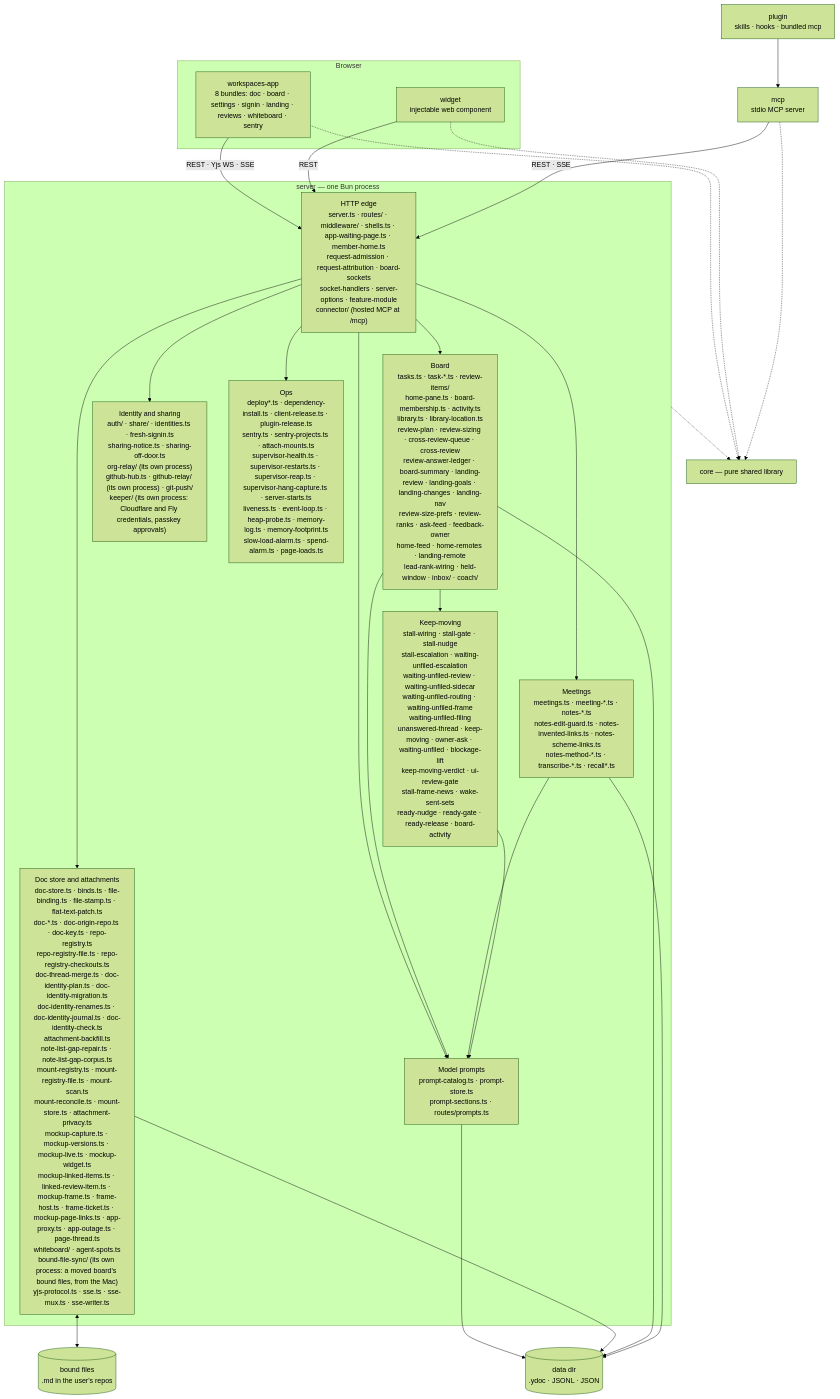
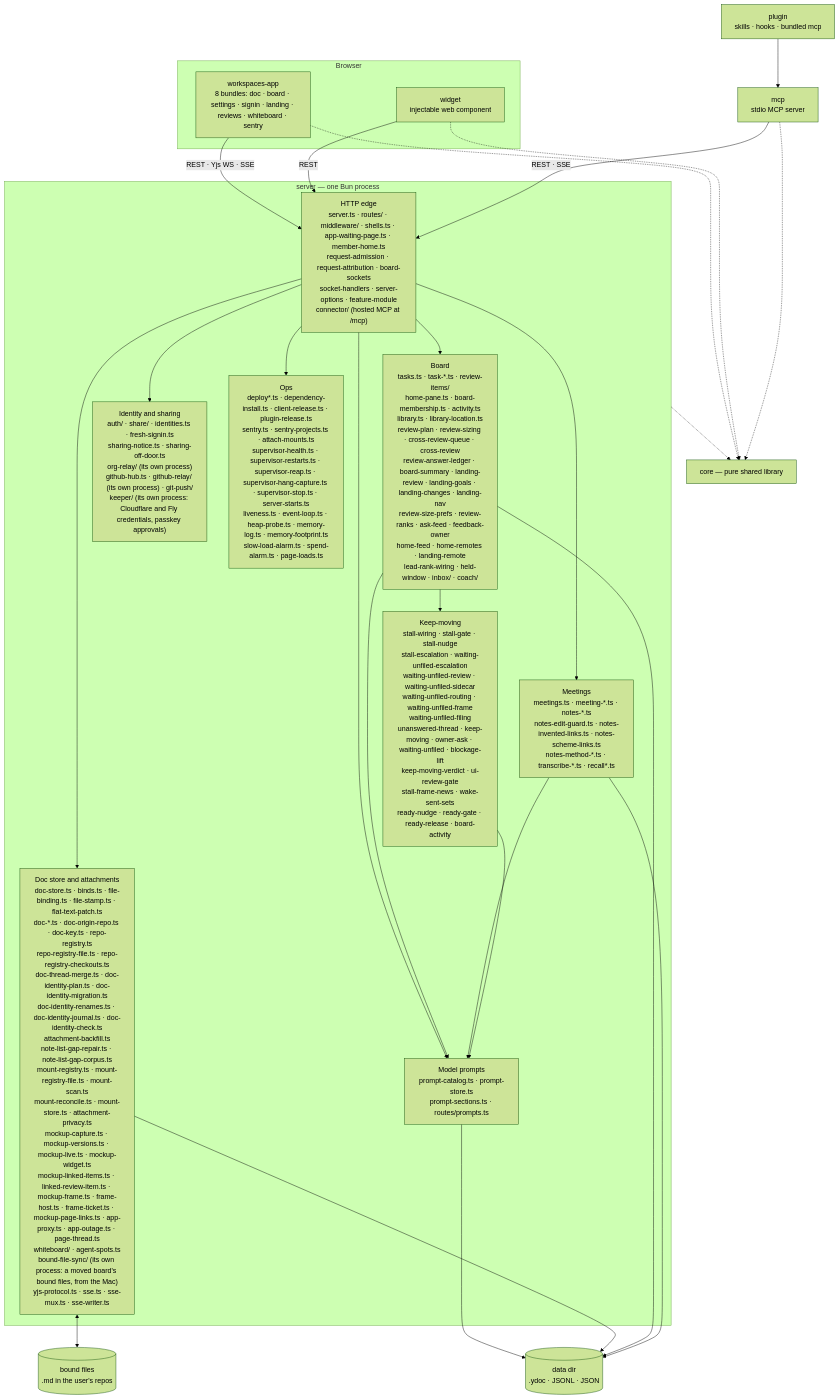
Before and after one commit to fryanpan/claude-workspaces-plugin: the first of 2 diagrams in docs/architecture/overview.md, drawn with Mermaid (forest theme). The commit also changed other lines of this file and 9 other files, not shown here.

````diff
--- a/docs/architecture/overview.md
+++ b/docs/architecture/overview.md
@@ -45,35 +45,35 @@
 ```mermaid
 flowchart TB
   subgraph browser[Browser]
     app["workspaces-app<br/>8 bundles: doc · board · settings · signin · landing · reviews · whiteboard · sentry"]
     wid["widget<br/>injectable web component"]
   end
   plug["plugin<br/>skills · hooks · bundled mcp"]
   mcp["mcp<br/>stdio MCP server"]
   subgraph srv["server — one Bun process"]
     edge["HTTP edge<br/>server.ts · routes/ · middleware/ · shells.ts · app-waiting-page.ts · member-home.ts<br/>request-admission · request-attribution · board-sockets<br/>socket-handlers · server-options · feature-module<br/>connector/ (hosted MCP at /mcp)"]
     docs["Doc store and attachments<br/>doc-store.ts · binds.ts · file-binding.ts · file-stamp.ts · flat-text-patch.ts<br/>doc-*.ts · doc-origin-repo.ts · doc-key.ts · repo-registry.ts<br/>repo-registry-file.ts · repo-registry-checkouts.ts<br/>doc-thread-merge.ts · doc-identity-plan.ts · doc-identity-migration.ts<br/>doc-identity-renames.ts · doc-identity-journal.ts · doc-identity-check.ts<br/>attachment-backfill.ts<br/>note-list-gap-repair.ts · note-list-gap-corpus.ts<br/>mount-registry.ts · mount-registry-file.ts · mount-scan.ts<br/>mount-reconcile.ts · mount-store.ts · attachment-privacy.ts<br/>mockup-capture.ts · mockup-versions.ts · mockup-live.ts · mockup-widget.ts<br/>mockup-linked-items.ts · linked-review-item.ts · mockup-frame.ts · frame-host.ts · frame-ticket.ts · mockup-page-links.ts · app-proxy.ts · app-outage.ts · page-thread.ts<br/>whiteboard/ · agent-spots.ts<br/>bound-file-sync/ (its own process: a moved board's bound files, from the Mac)<br/>yjs-protocol.ts · sse.ts · sse-mux.ts · sse-writer.ts"]
     board["Board<br/>tasks.ts · task-*.ts · review-items/<br/>home-pane.ts · board-membership.ts · activity.ts<br/>library.ts · library-location.ts<br/>review-plan · review-sizing · cross-review-queue · cross-review<br/>review-answer-ledger · board-summary · landing-review · landing-goals · landing-changes · landing-nav<br/>review-size-prefs · review-ranks · ask-feed · feedback-owner<br/>home-feed · home-remotes · landing-remote<br/>lead-rank-wiring · held-window · inbox/ · coach/"]
     meet["Meetings<br/>meetings.ts · meeting-*.ts · notes-*.ts<br/>notes-edit-guard.ts · notes-invented-links.ts · notes-scheme-links.ts<br/>notes-method-*.ts · transcribe-*.ts · recall*.ts"]
     keep["Keep-moving<br/>stall-wiring · stall-gate · stall-nudge<br/>stall-escalation · waiting-unfiled-escalation<br/>waiting-unfiled-review · waiting-unfiled-sidecar<br/>waiting-unfiled-routing · waiting-unfiled-frame<br/>waiting-unfiled-filing<br/>unanswered-thread · keep-moving · owner-ask · waiting-unfiled · blockage-lift<br/>keep-moving-verdict · ui-review-gate<br/>stall-frame-news · wake-sent-sets<br/>ready-nudge · ready-gate · ready-release · board-activity"]
     ident["Identity and sharing<br/>auth/ · share/ · identities.ts · fresh-signin.ts<br/>sharing-notice.ts · sharing-off-door.ts<br/>org-relay/ (its own process)<br/>github-hub.ts · github-relay/ (its own process) · git-push/<br/>keeper/ (its own process: Cloudflare and Fly credentials, passkey approvals)"]
     prompts["Model prompts<br/>prompt-catalog.ts · prompt-store.ts<br/>prompt-sections.ts · routes/prompts.ts"]
-    ops["Ops<br/>deploy*.ts · dependency-install.ts · client-release.ts · plugin-release.ts<br/>sentry.ts · sentry-projects.ts · attach-mounts.ts<br/>supervisor-health.ts · supervisor-restarts.ts · supervisor-reap.ts · supervisor-hang-capture.ts · server-starts.ts<br/>liveness.ts · event-loop.ts · heap-probe.ts · memory-log.ts · memory-footprint.ts<br/>slow-load-alarm.ts · spend-alarm.ts · page-loads.ts"]
+    ops["Ops<br/>deploy*.ts · dependency-install.ts · client-release.ts · plugin-release.ts<br/>sentry.ts · sentry-projects.ts · attach-mounts.ts<br/>supervisor-health.ts · supervisor-restarts.ts · supervisor-reap.ts · supervisor-hang-capture.ts · supervisor-stop.ts · server-starts.ts<br/>liveness.ts · event-loop.ts · heap-probe.ts · memory-log.ts · memory-footprint.ts<br/>slow-load-alarm.ts · spend-alarm.ts · page-loads.ts"]
   end
   core["core — pure shared library"]
   disk[("data dir<br/>.ydoc · JSONL · JSON")]
   files[("bound files<br/>.md in the user's repos")]
 
   app -->|"REST · Yjs WS · SSE"| edge
   wid -->|REST| edge
   plug --> mcp
   mcp -->|"REST · SSE"| edge
   edge --> docs & board & meet & ident & ops & prompts
   board & meet & keep --> prompts
   prompts --> disk
   board --> keep
   docs <--> files
   docs & board & meet --> disk
   app & wid & mcp -.-> core
   srv -.-> core
 ```
````
